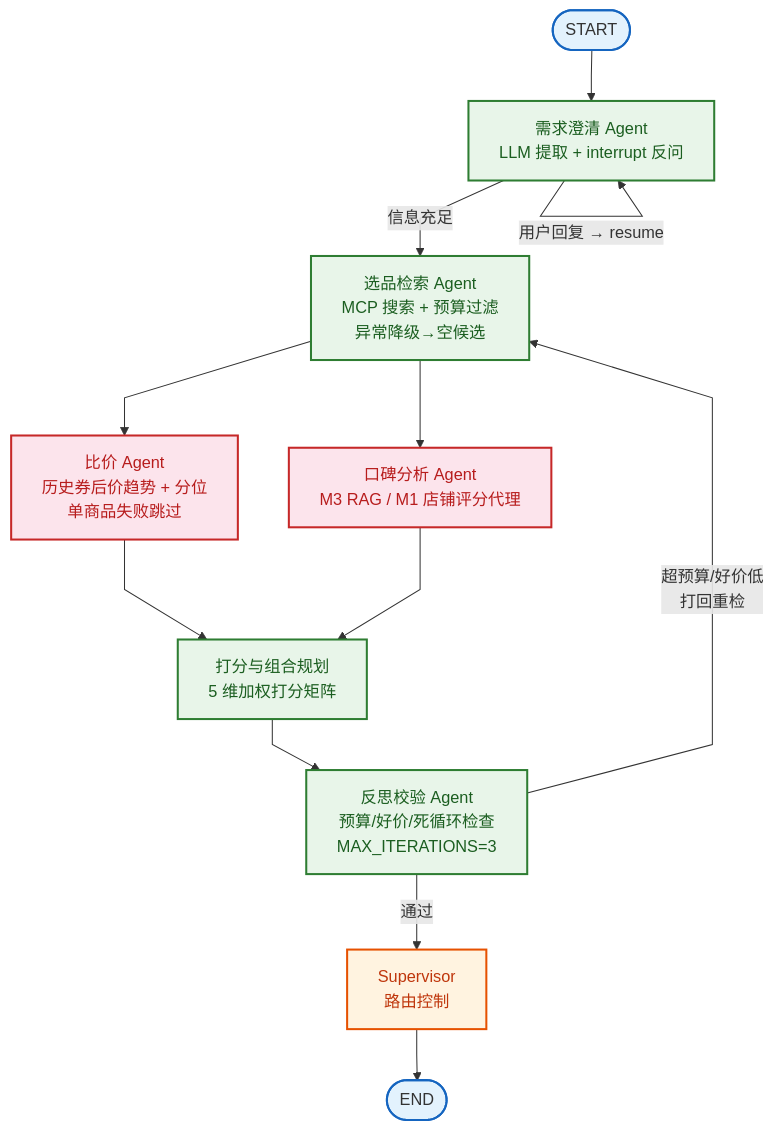
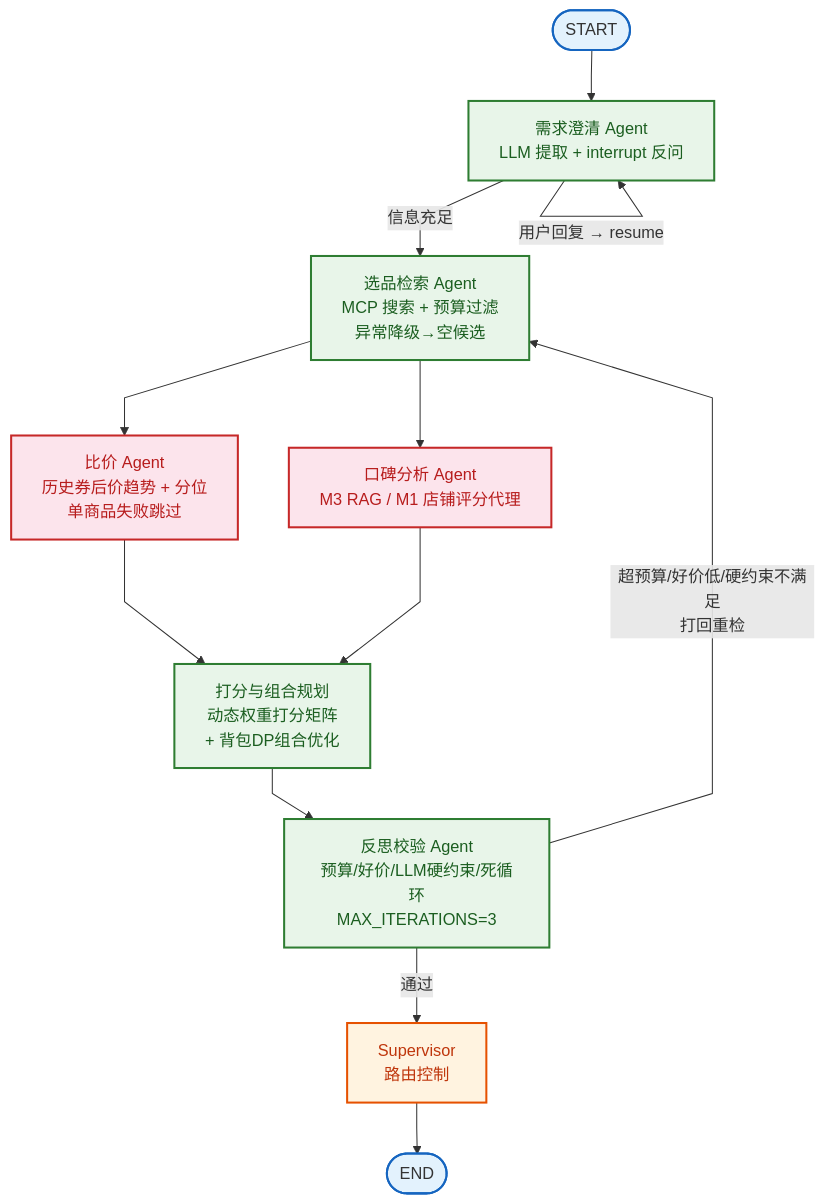
Before and after one commit to SOEARTH/BlackTea-agent: the diagram in README.md, drawn with Mermaid. The commit also changed other lines of this file, not shown here.

Commit message:
docs: 更新 README 反映 M2 完成状态（29测试/动态权重/背包DP/雷达图/组合方案）

````diff
--- a/README.md
+++ b/README.md
@@ -24,40 +26,40 @@
 ```mermaid
 ---
 config:
   flowchart:
     curve: linear
 ---
 graph TD;
     __start__([START])
     clarify["需求澄清 Agent<br/>LLM 提取 + interrupt 反问"]
     search["选品检索 Agent<br/>MCP 搜索 + 预算过滤<br/>异常降级→空候选"]
     price["比价 Agent<br/>历史券后价趋势 + 分位<br/>单商品失败跳过"]
     reputation["口碑分析 Agent<br/>M3 RAG / M1 店铺评分代理"]
-    scoring["打分与组合规划<br/>5 维加权打分矩阵"]
-    reflect["反思校验 Agent<br/>预算/好价/死循环检查<br/>MAX_ITERATIONS=3"]
+    scoring["打分与组合规划<br/>动态权重打分矩阵<br/>+ 背包DP组合优化"]
+    reflect["反思校验 Agent<br/>预算/好价/LLM硬约束/死循环<br/>MAX_ITERATIONS=3"]
     supervisor["Supervisor<br/>路由控制"]
     __end__([END])
 
     __start__ --> clarify;
     clarify -->|"信息不足 → interrupt"| clarify;
     clarify -->|"用户回复 → resume"| clarify;
     clarify -->|"信息充足"| search;
     search --> price;
     search --> reputation;
     price --> scoring;
     reputation --> scoring;
     scoring --> reflect;
     reflect -->|"通过"| supervisor;
-    reflect -->|"超预算/好价低<br/>打回重检"| search;
+    reflect -->|"超预算/好价低/硬约束不满足<br/>打回重检"| search;
     supervisor --> __end__;
 
     classDef agent fill:#e8f5e9,stroke:#2e7d32,stroke-width:2px,color:#1b5e20;
     classDef parallel fill:#fce4ec,stroke:#c62828,stroke-width:2px,color:#b71c1c;
     classDef control fill:#fff3e0,stroke:#e65100,stroke-width:2px,color:#bf360c;
     classDef startend fill:#e3f2fd,stroke:#1565c0,stroke-width:2px;
 
     class clarify,search,scoring,reflect agent;
     class price,reputation parallel;
     class supervisor control;
     class __start__,__end__ startend;
 ```
````
